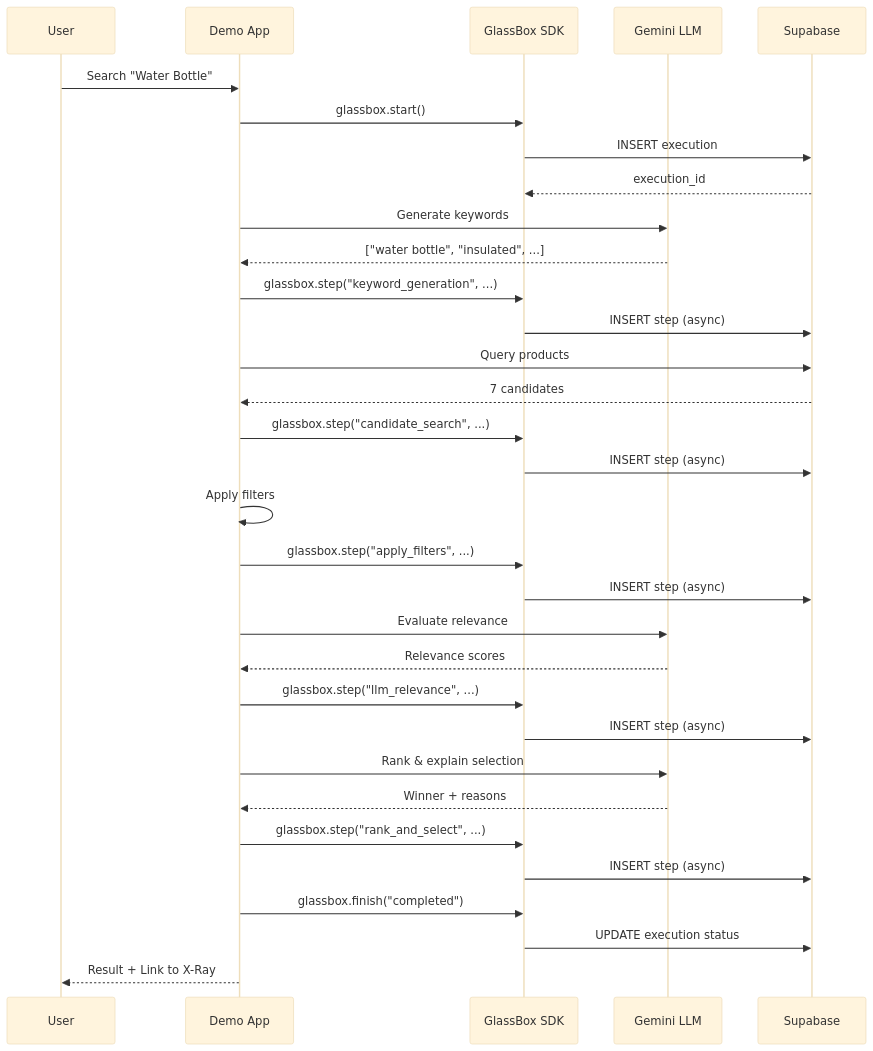
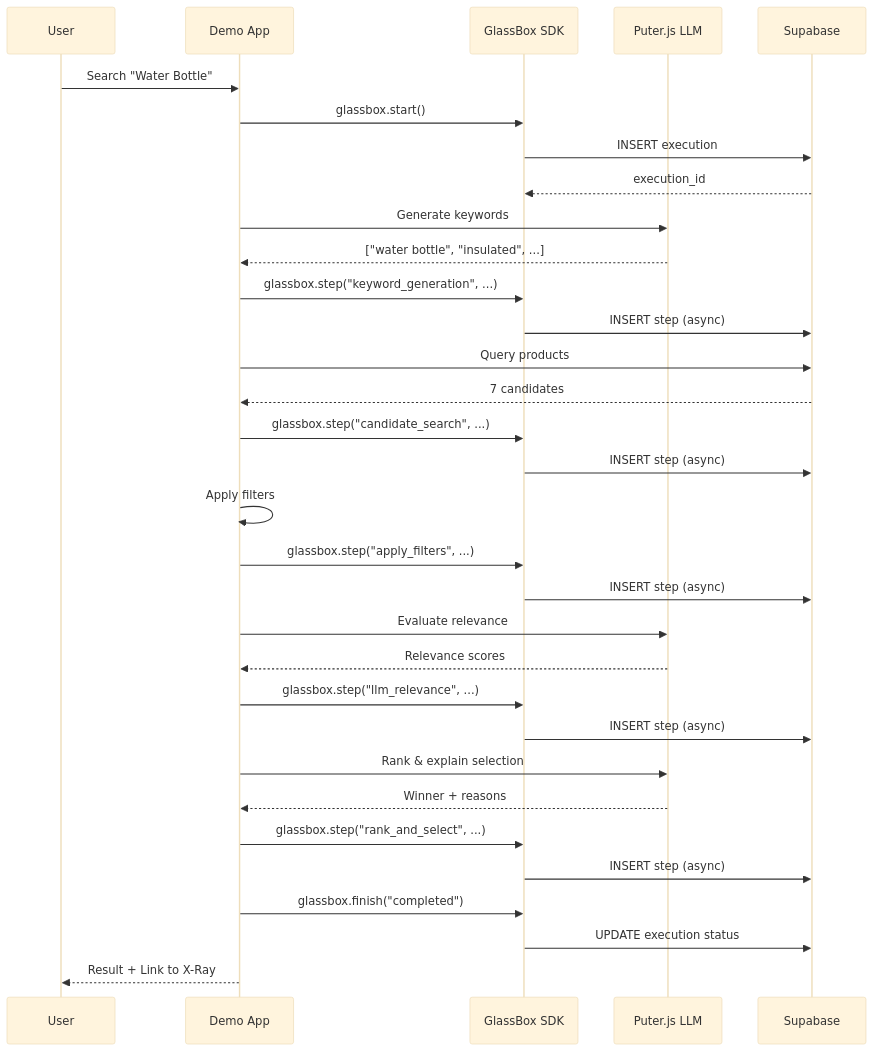
Before and after one commit to AtharvRG/glassbox: the second of 6 diagrams in README.md, drawn with Mermaid (base theme). The commit also changed other lines of this file and 8 other files, not shown here.

Commit message:
feat: add product search demo with Supabase, Puter.js LLM integration, GlassBox tracing, and new UI styles.

````diff
--- a/README.md
+++ b/README.md
@@ -120,41 +124,41 @@
 ```mermaid
 sequenceDiagram
     participant User
     participant Demo as Demo App
     participant SDK as GlassBox SDK
-    participant LLM as Gemini LLM
+    participant LLM as Puter.js LLM
     participant DB as Supabase
 
     User->>Demo: Search "Water Bottle"
     Demo->>SDK: glassbox.start()
     SDK->>DB: INSERT execution
     DB-->>SDK: execution_id
 
     Demo->>LLM: Generate keywords
     LLM-->>Demo: ["water bottle", "insulated", ...]
     Demo->>SDK: glassbox.step("keyword_generation", ...)
     SDK->>DB: INSERT step (async)
 
     Demo->>DB: Query products
     DB-->>Demo: 7 candidates
     Demo->>SDK: glassbox.step("candidate_search", ...)
     SDK->>DB: INSERT step (async)
 
     Demo->>Demo: Apply filters
     Demo->>SDK: glassbox.step("apply_filters", ...)
     SDK->>DB: INSERT step (async)
 
     Demo->>LLM: Evaluate relevance
     LLM-->>Demo: Relevance scores
     Demo->>SDK: glassbox.step("llm_relevance", ...)
     SDK->>DB: INSERT step (async)
 
     Demo->>LLM: Rank & explain selection
     LLM-->>Demo: Winner + reasons
     Demo->>SDK: glassbox.step("rank_and_select", ...)
     SDK->>DB: INSERT step (async)
 
     Demo->>SDK: glassbox.finish("completed")
     SDK->>DB: UPDATE execution status
     Demo-->>User: Result + Link to X-Ray
 ```
````
